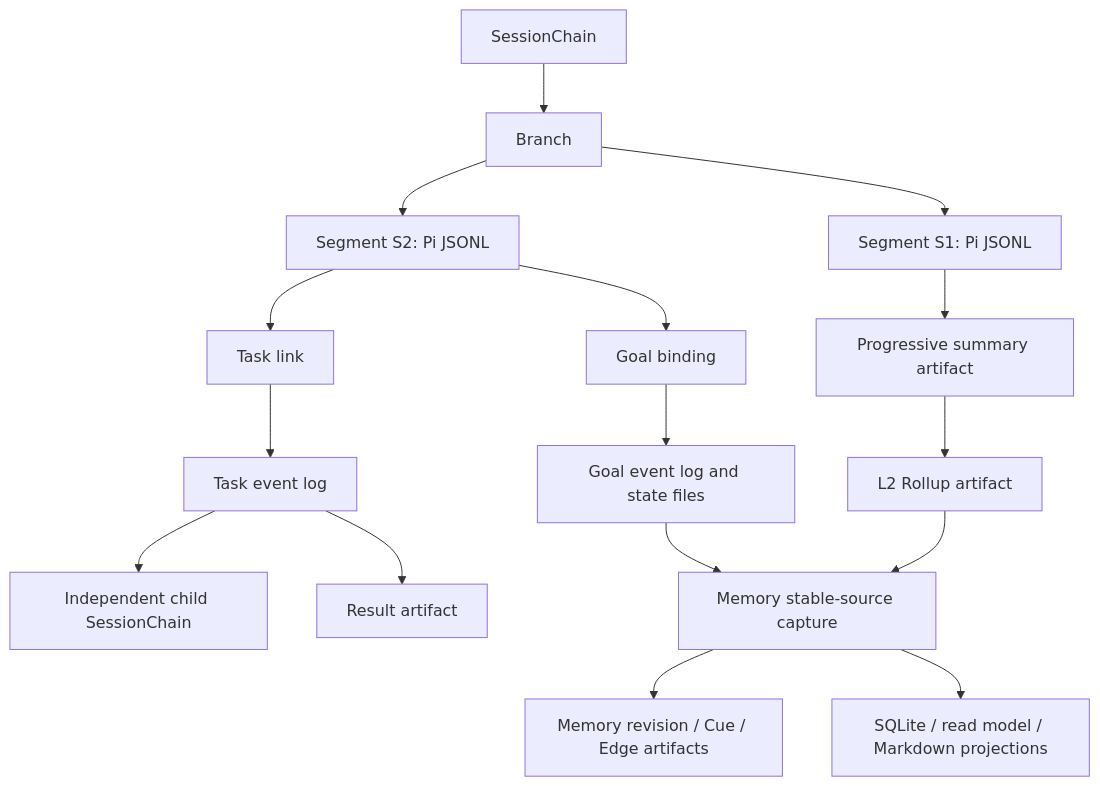
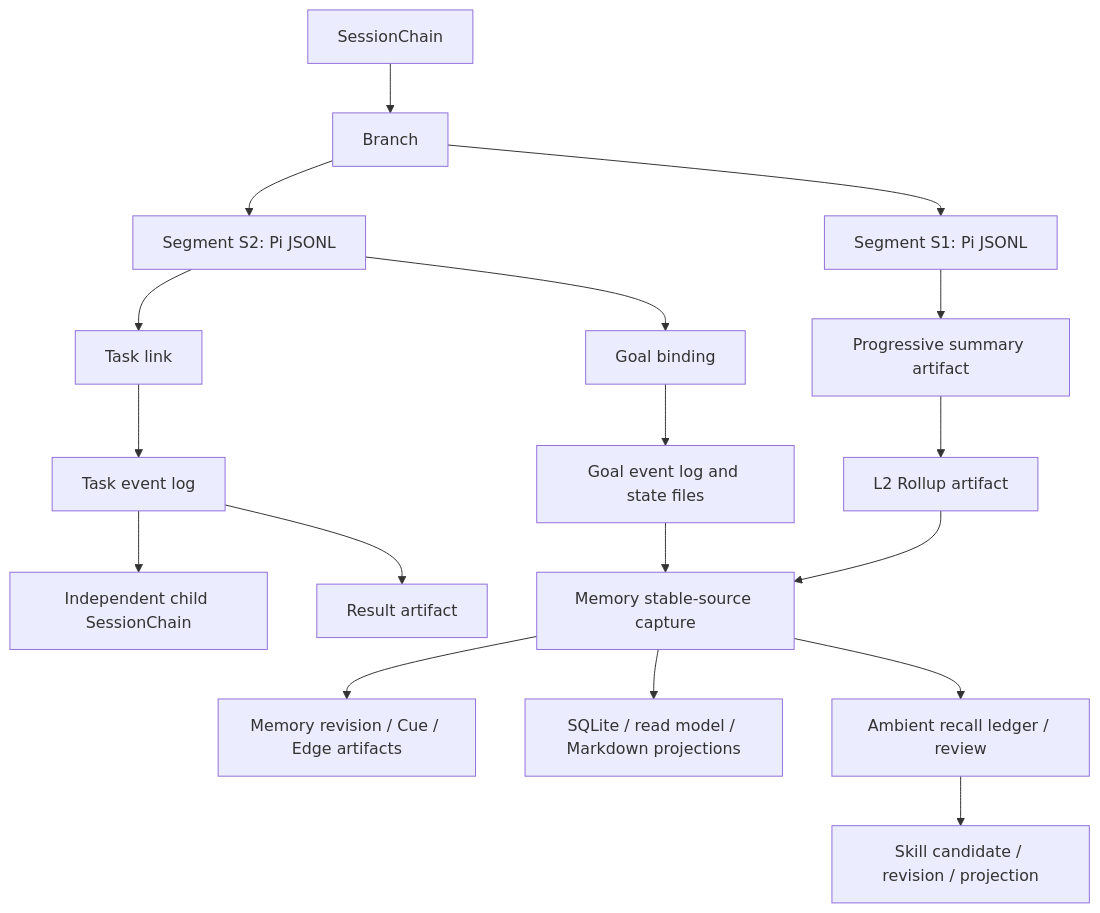
One commit to FengYunCalm/pi-xk changed the diagram in docs/pi-xk/design-and-boundaries.md. Above: the diagram before and after it, drawn with Mermaid. The commit also changed other lines of this file and 69 other files, not shown here.

Commit message:
feat(coding-agent): add ambient memory and evolving skills

````diff
--- a/docs/pi-xk/design-and-boundaries.md
+++ b/docs/pi-xk/design-and-boundaries.md
@@ -36,18 +37,20 @@
 ```mermaid
 flowchart TD
     Chain["SessionChain"] --> Branch["Branch"]
     Branch --> Segment1["Segment S1: Pi JSONL"]
     Branch --> Segment2["Segment S2: Pi JSONL"]
     Segment1 --> Summary["Progressive summary artifact"]
     Summary --> Rollup["L2 Rollup artifact"]
     Segment2 --> GoalRef["Goal binding"]
     Segment2 --> TaskRef["Task link"]
     GoalRef --> Goal["Goal event log and state files"]
     TaskRef --> Task["Task event log"]
     Task --> Child["Independent child SessionChain"]
     Task --> Result["Result artifact"]
     Goal --> Memory["Memory stable-source capture"]
     Rollup --> Memory
     Memory --> MemoryArtifact["Memory revision / Cue / Edge artifacts"]
     Memory --> MemoryIndex["SQLite / read model / Markdown projections"]
+    Memory --> Recall["Ambient recall ledger / review"]
+    Recall --> Skills["Skill candidate / revision / projection"]
 ```
````
